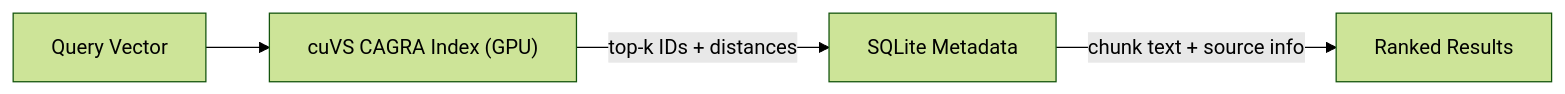
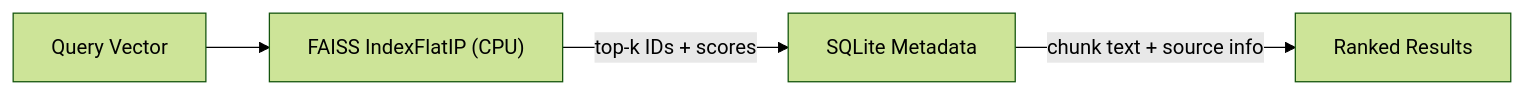
Before and after one commit to miroenev/rag_system: the second of 3 diagrams in system_architecture.md, drawn with Mermaid (forest theme). The commit also changed other lines of this file and 13 other files, not shown here.

````diff
--- a/system_architecture.md
+++ b/system_architecture.md
@@ -111,6 +121,6 @@
 ```mermaid
 flowchart LR
-    query["Query Vector"] --> cuVS["cuVS CAGRA Index (GPU)"]
-    cuVS -->|"top-k IDs + distances"| meta["SQLite Metadata"]
+    query["Query Vector"] --> faiss["FAISS IndexFlatIP (CPU)"]
+    faiss -->|"top-k IDs + scores"| meta["SQLite Metadata"]
     meta -->|"chunk text + source info"| results["Ranked Results"]
 ```
````
